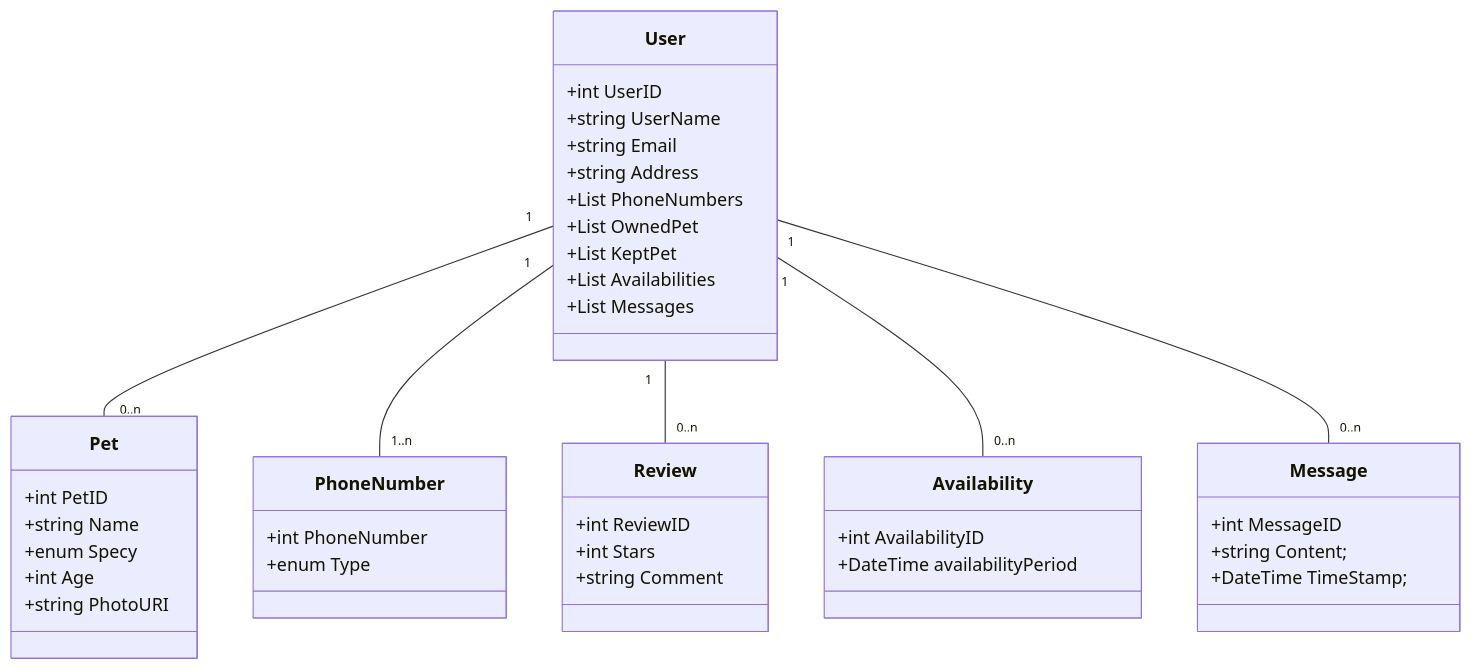
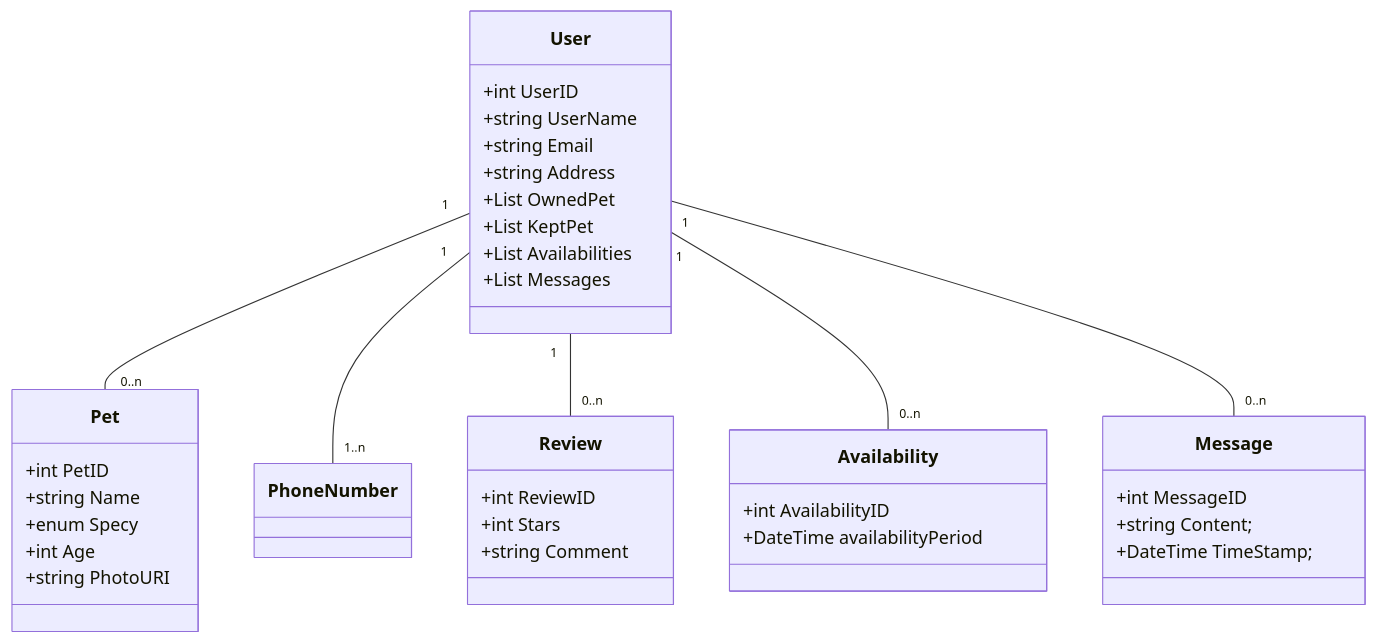
The diagram in README.md (bryan-jose-valdiviezo/sit-a-pup), drawn with Mermaid before and after one commit.

Commit message:
Schéma classes

````diff
--- a/README.md
+++ b/README.md
@@ -5,44 +5,39 @@
 ```mermaid
  classDiagram
       User "1" -- "0..n" Pet
       User "1" -- "1..n" PhoneNumber
       User "1" -- "0..n" Review
       User "1" -- "0..n" Availability
       User "1" -- "0..n" Message
       class User {
             +int UserID
             +string UserName
             +string Email
             +string Address
-            +List<PhoneNumber> PhoneNumbers
             +List<Pet> OwnedPet
             +List<Pet> KeptPet
             +List<Availability> Availabilities
             +List<Message> Messages
-      }
-      class PhoneNumber {
-            +int PhoneNumber
-            +enum Type
       }
       class Pet {
 		+int PetID
 		+string Name
 		+enum Specy
             +int Age
             +string PhotoURI
 	}
       class Review {
             +int ReviewID
             +int Stars
             +string Comment
       }
       class Availability {
             +int AvailabilityID
             +DateTime availabilityPeriod 
       }
       class Message {
             +int MessageID
             +string Content;
             +DateTime TimeStamp;
       }
 ```
````
